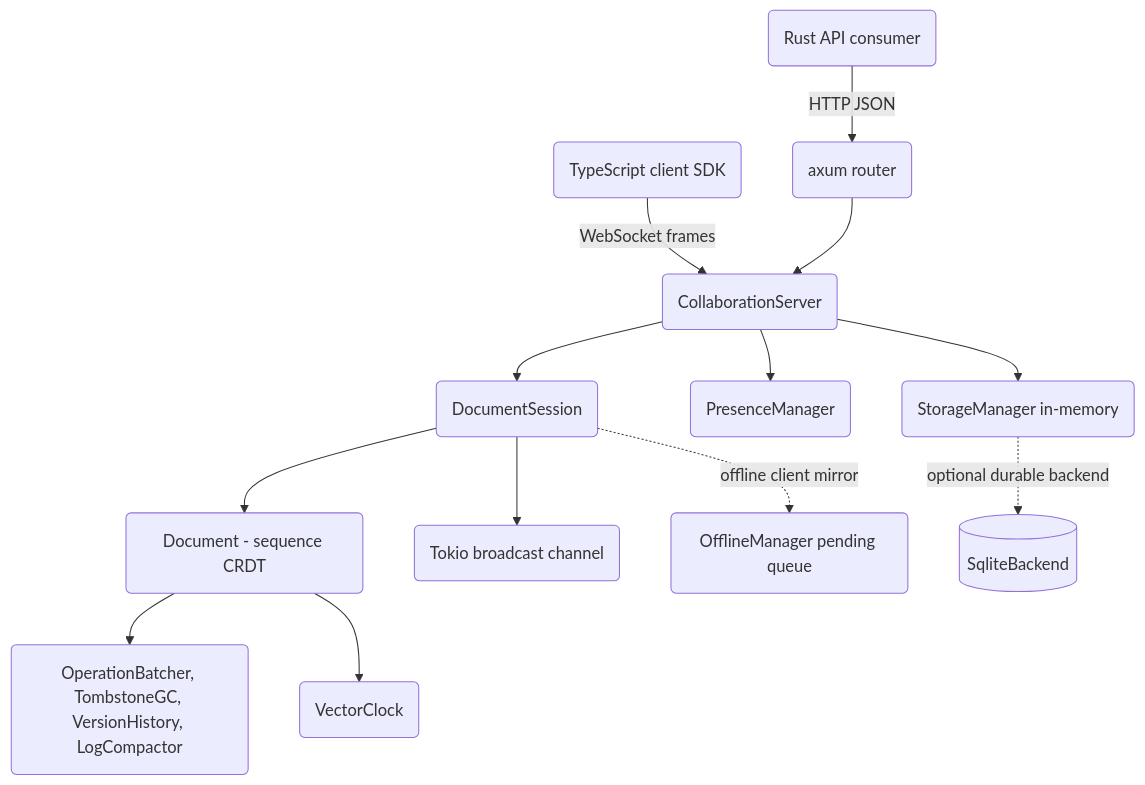
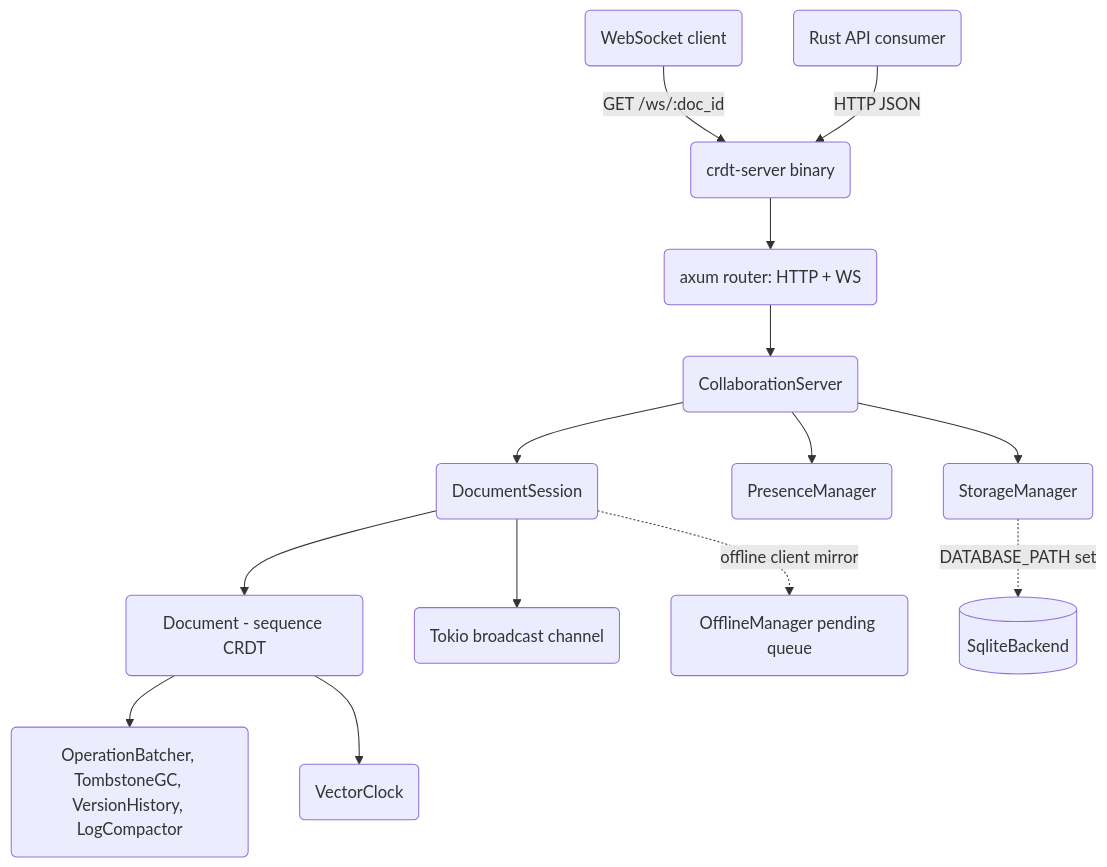
The diagram in 16-crdt-collaboration/docs/BLUEPRINT.md (jchu0/applied-cs-projects), drawn with Mermaid before and after one commit. The commit also changed other lines of this file and 6 other files, not shown here.

First line of the commit message:
Tier B 16: runnable collaboration server (WebSocket + SQLite persistence)

````diff
--- a/16-crdt-collaboration/docs/BLUEPRINT.md
+++ b/16-crdt-collaboration/docs/BLUEPRINT.md
@@ -65,15 +76,16 @@
 ```mermaid
 flowchart TD
-    Browser(TypeScript client SDK) -->|WebSocket frames| Server(CollaborationServer)
-    RustConsumer(Rust API consumer) -->|HTTP JSON| Api(axum router)
-    Api --> Server
+    Browser(WebSocket client) -->|GET /ws/:doc_id| Bin(crdt-server binary)
+    RustConsumer(Rust API consumer) -->|HTTP JSON| Bin
+    Bin --> Api(axum router: HTTP + WS)
+    Api --> Server(CollaborationServer)
     Server --> Session(DocumentSession)
     Session --> Doc(Document - sequence CRDT)
     Session --> Broadcast(Tokio broadcast channel)
     Server --> Presence(PresenceManager)
-    Server --> Store(StorageManager in-memory)
-    Store -.optional durable backend.-> Sqlite[(SqliteBackend)]
+    Server --> Store(StorageManager)
+    Store -.DATABASE_PATH set.-> Sqlite[(SqliteBackend)]
     Doc --> Perf(OperationBatcher, TombstoneGC, VersionHistory, LogCompactor)
     Doc --> Clock(VectorClock)
     Session -.offline client mirror.-> Offline(OfflineManager pending queue)
 ```
````
